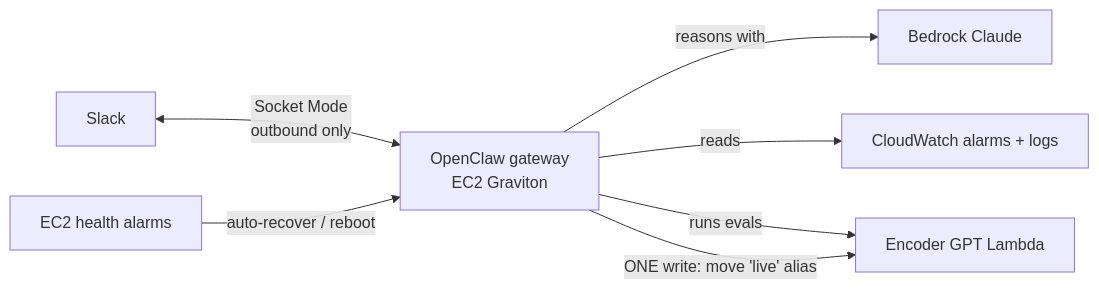
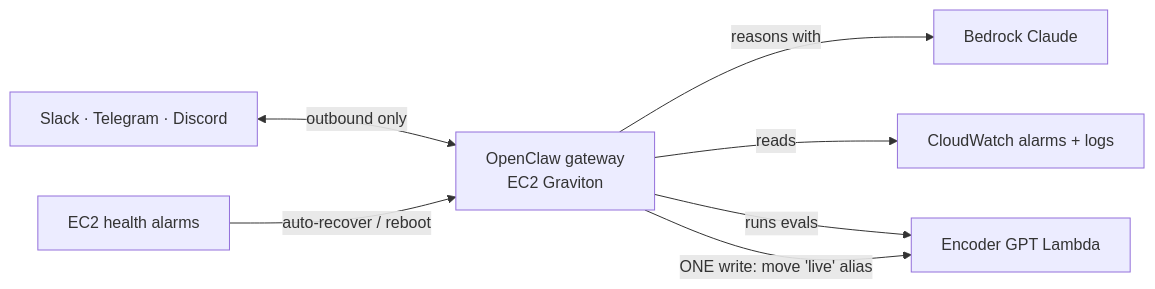
One commit to klosetk/encoder-gpt changed the diagram in agent/README.md. Above: the diagram before and after it, drawn with Mermaid. The commit also changed other lines of this file and 9 other files, not shown here.

First line of the commit message:
Make the agent's chat platform a setting: Slack, Telegram, or Discord

````diff
--- a/agent/README.md
+++ b/agent/README.md
@@ -5,9 +5,9 @@
 ```mermaid
 flowchart LR
-    S[Slack] <-->|Socket Mode<br/>outbound only| A[OpenClaw gateway<br/>EC2 Graviton]
+    S[Slack · Telegram · Discord] <-->|outbound only| A[OpenClaw gateway<br/>EC2 Graviton]
     A -->|reasons with| B[Bedrock Claude]
     A -->|reads| CW[CloudWatch alarms + logs]
     A -->|runs evals| L[Encoder GPT Lambda]
     A -->|ONE write: move 'live' alias| L
     R[EC2 health alarms] -->|auto-recover / reboot| A
 ```
````
